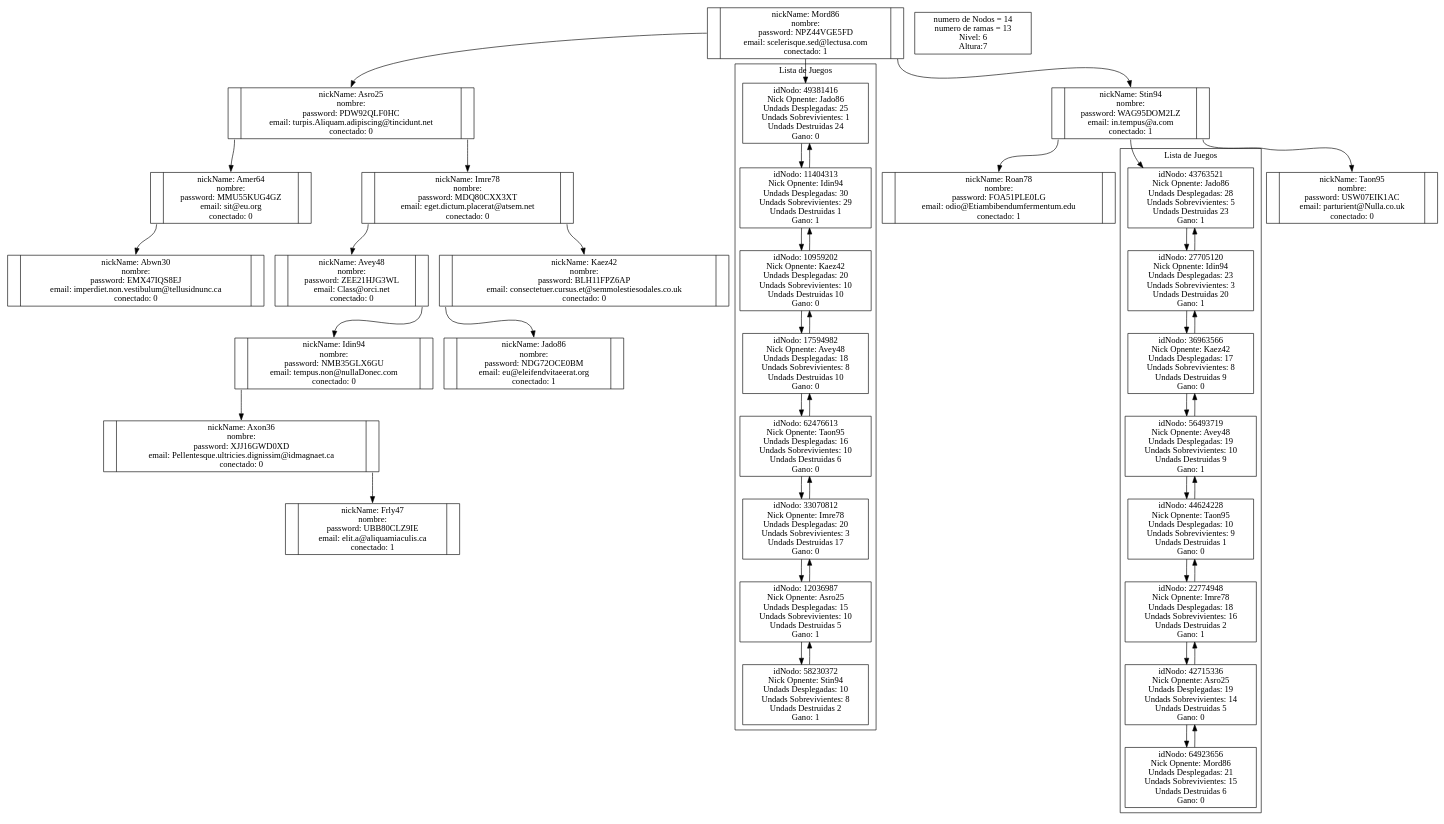
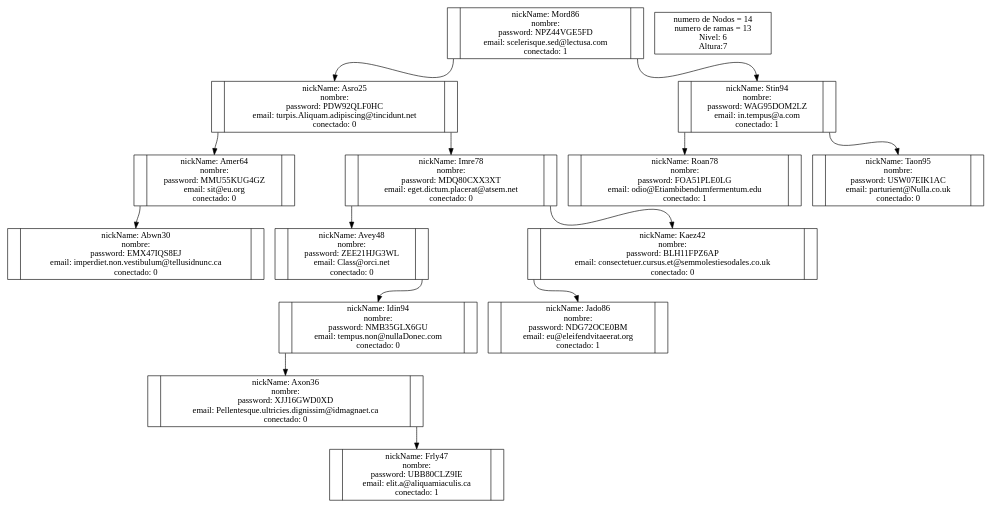
One commit to randolph182/EDD_201314112 changed the diagram in Proyecto_NavalWars/Fase2/NavalWarsCliente/NavalWarsCliente/ABBUsuarios.dot. Above: the diagram before and after it, drawn with Graphviz. The commit also changed 29 other files, not shown here.

```diff
--- a/Proyecto_NavalWars/Fase2/NavalWarsCliente/NavalWarsCliente/ABBUsuarios.dot
+++ b/Proyecto_NavalWars/Fase2/NavalWarsCliente/NavalWarsCliente/ABBUsuarios.dot
@@ -6,72 +6,6 @@
  \npassword: NPZ44VGE5FD 
  \nemail: scelerisque.sed@lectusa.com 
  \nconectado: 1  | <f2> "];
-
-subgraph clusterMord86{
-label = " Lista de Juegos "49381416[label=" idNodo: 49381416 
- \nNick Opnente: Jado86 
- \nUndads Desplegadas: 25 
- \nUndads Sobrevivientes: 1 
- \nUndads Destruidas 24 
- \nGano: 0"];
-11404313[label=" idNodo: 11404313 
- \nNick Opnente: Idin94 
- \nUndads Desplegadas: 30 
- \nUndads Sobrevivientes: 29 
- \nUndads Destruidas 1 
- \nGano: 1"];
-10959202[label=" idNodo: 10959202 
- \nNick Opnente: Kaez42 
- \nUndads Desplegadas: 20 
- \nUndads Sobrevivientes: 10 
- \nUndads Destruidas 10 
- \nGano: 0"];
-17594982[label=" idNodo: 17594982 
- \nNick Opnente: Avey48 
- \nUndads Desplegadas: 18 
- \nUndads Sobrevivientes: 8 
- \nUndads Destruidas 10 
- \nGano: 0"];
-62476613[label=" idNodo: 62476613 
- \nNick Opnente: Taon95 
- \nUndads Desplegadas: 16 
- \nUndads Sobrevivientes: 10 
- \nUndads Destruidas 6 
- \nGano: 0"];
-33070812[label=" idNodo: 33070812 
- \nNick Opnente: Imre78 
- \nUndads Desplegadas: 20 
- \nUndads Sobrevivientes: 3 
- \nUndads Destruidas 17 
- \nGano: 0"];
-12036987[label=" idNodo: 12036987 
- \nNick Opnente: Asro25 
- \nUndads Desplegadas: 15 
- \nUndads Sobrevivientes: 10 
- \nUndads Destruidas 5 
- \nGano: 1"];
-58230372[label=" idNodo: 58230372 
- \nNick Opnente: Stin94 
- \nUndads Desplegadas: 10 
- \nUndads Sobrevivientes: 8 
- \nUndads Destruidas 2 
- \nGano: 1"];
-49381416->11404313;
- 11404313->10959202;
- 10959202->17594982;
- 17594982->62476613;
- 62476613->33070812;
- 33070812->12036987;
- 12036987->58230372;
- 58230372->12036987;
-12036987->33070812;
-33070812->62476613;
-62476613->17594982;
-17594982->10959202;
-10959202->11404313;
-11404313->49381416;
-
-}
 structAsro25[label="<f0>  | <f1> nickName: Asro25 
  \nnombre:   
  \npassword: PDW92QLF0HC 
@@ -127,72 +61,6 @@
  \npassword: WAG95DOM2LZ 
  \nemail: in.tempus@a.com 
  \nconectado: 1  | <f2> "];
-
-subgraph clusterStin94{
-label = " Lista de Juegos "43763521[label=" idNodo: 43763521 
- \nNick Opnente: Jado86 
- \nUndads Desplegadas: 28 
- \nUndads Sobrevivientes: 5 
- \nUndads Destruidas 23 
- \nGano: 1"];
-27705120[label=" idNodo: 27705120 
- \nNick Opnente: Idin94 
- \nUndads Desplegadas: 23 
- \nUndads Sobrevivientes: 3 
- \nUndads Destruidas 20 
- \nGano: 1"];
-36963566[label=" idNodo: 36963566 
- \nNick Opnente: Kaez42 
- \nUndads Desplegadas: 17 
- \nUndads Sobrevivientes: 8 
- \nUndads Destruidas 9 
- \nGano: 0"];
-56493719[label=" idNodo: 56493719 
- \nNick Opnente: Avey48 
- \nUndads Desplegadas: 19 
- \nUndads Sobrevivientes: 10 
- \nUndads Destruidas 9 
- \nGano: 1"];
-44624228[label=" idNodo: 44624228 
- \nNick Opnente: Taon95 
- \nUndads Desplegadas: 10 
- \nUndads Sobrevivientes: 9 
- \nUndads Destruidas 1 
- \nGano: 0"];
-22774948[label=" idNodo: 22774948 
- \nNick Opnente: Imre78 
- \nUndads Desplegadas: 18 
- \nUndads Sobrevivientes: 16 
- \nUndads Destruidas 2 
- \nGano: 1"];
-42715336[label=" idNodo: 42715336 
- \nNick Opnente: Asro25 
- \nUndads Desplegadas: 19 
- \nUndads Sobrevivientes: 14 
- \nUndads Destruidas 5 
- \nGano: 0"];
-64923656[label=" idNodo: 64923656 
- \nNick Opnente: Mord86 
- \nUndads Desplegadas: 21 
- \nUndads Sobrevivientes: 15 
- \nUndads Destruidas 6 
- \nGano: 0"];
-43763521->27705120;
- 27705120->36963566;
- 36963566->56493719;
- 56493719->44624228;
- 44624228->22774948;
- 22774948->42715336;
- 42715336->64923656;
- 64923656->42715336;
-42715336->22774948;
-22774948->44624228;
-44624228->56493719;
-56493719->36963566;
-36963566->27705120;
-27705120->43763521;
-
-}
 structRoan78[label="<f0>  | <f1> nickName: Roan78 
  \nnombre:   
  \npassword: FOA51PLE0LG 
@@ -204,7 +72,6 @@
  \nemail: parturient@Nulla.co.uk 
  \nconectado: 0  | <f2> "];
 
-"structMord86":f1 -> 49381416;
 "structMord86":f0 -> "structAsro25":f1;
 "structMord86":f2 -> "structStin94":f1;
 "structAsro25":f0 -> "structAmer64":f1;
@@ -216,7 +83,6 @@
 "structIdin94":f0 -> "structAxon36":f1;
 "structAxon36":f2 -> "structFrly47":f1;
 "structKaez42":f0 -> "structJado86":f1;
-"structStin94":f1 -> 43763521;
 "structStin94":f0 -> "structRoan78":f1;
 "structStin94":f2 -> "structTaon95":f1;
 
```
